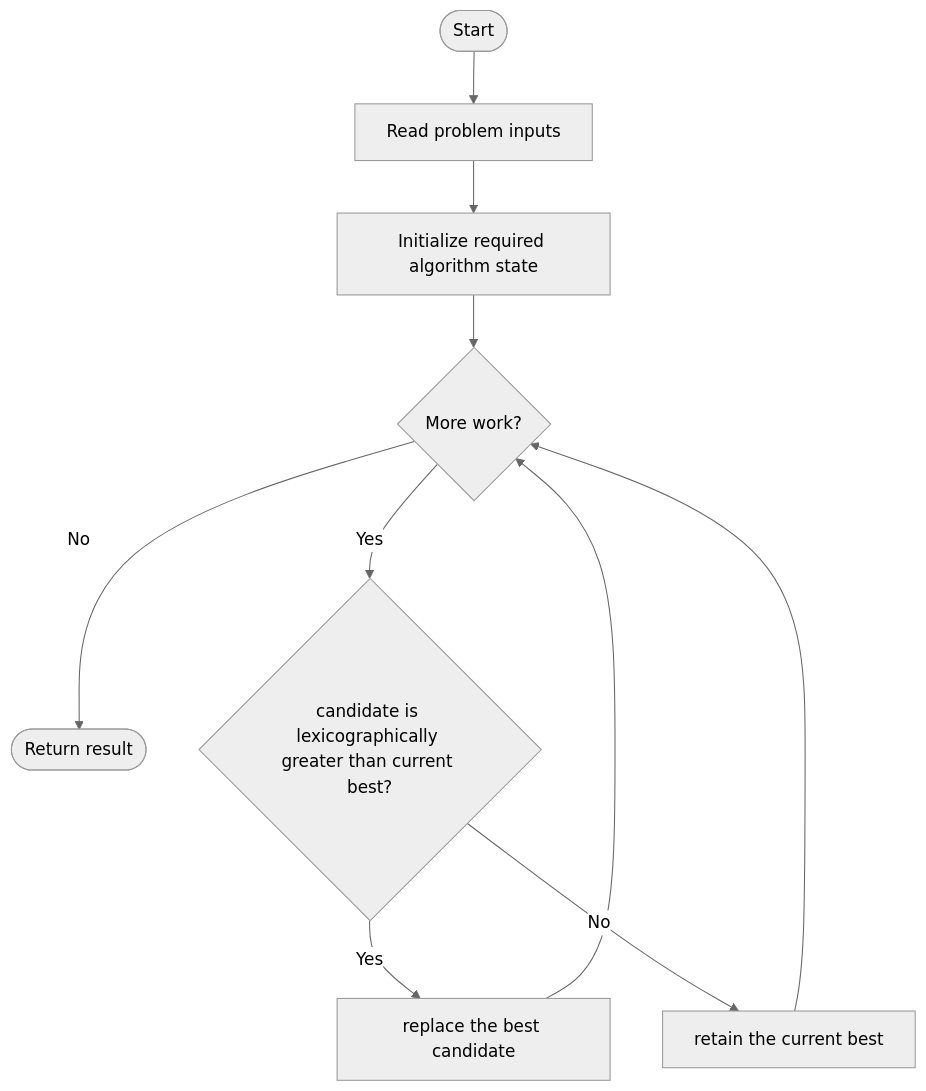
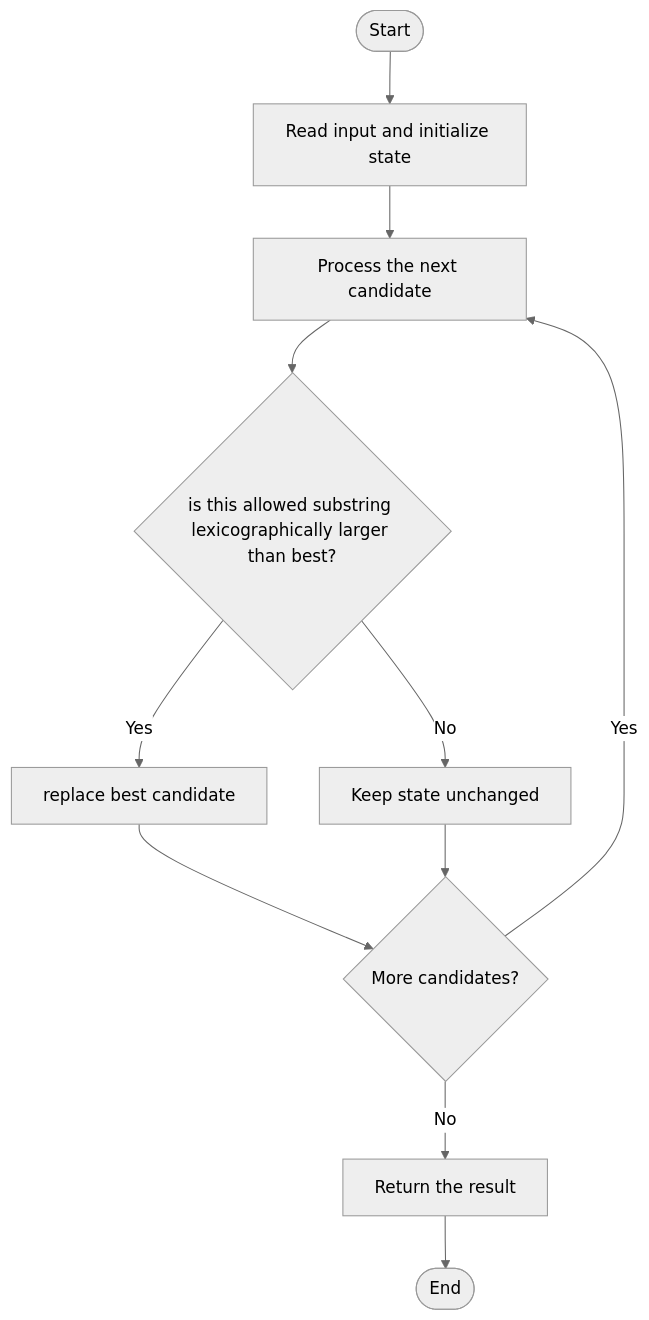
Before and after one commit to SAIDEEPBHANGE/C-CPP-Codes: the diagram in LeetCode/3403/README.md, drawn with Mermaid (neutral theme). The commit also changed other lines of this file and 196 other files, not shown here.

````diff
--- a/LeetCode/3403/README.md
+++ b/LeetCode/3403/README.md
@@ -13,12 +27,13 @@
 ```mermaid
 flowchart TD
-    A([Start]) --> B[Read problem inputs]
-    B --> C[Initialize required algorithm state]
-    C --> D{More work?}
-    D -- No --> Z([Return result])
-    D -- Yes --> E{candidate is lexicographically greater than current best?}
-    E -- Yes --> F[replace the best candidate]
-    E -- No --> G[retain the current best]
-    F --> D
-    G --> D
+    A([Start]) --> B[Read input and initialize state]
+    B --> C[Process the next candidate]
+    C --> D{is this allowed substring lexicographically larger than best?}
+    D -->|Yes| E[replace best candidate]
+    D -->|No| F[Keep state unchanged]
+    E --> G{More candidates?}
+    F --> G
+    G -->|Yes| C
+    G -->|No| H[Return the result]
+    H --> I([End])
 ```
````
